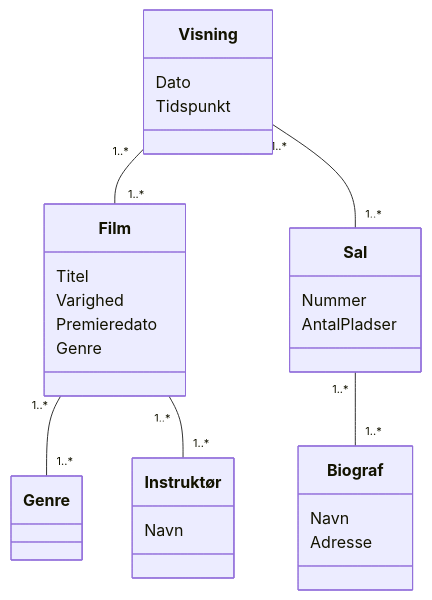
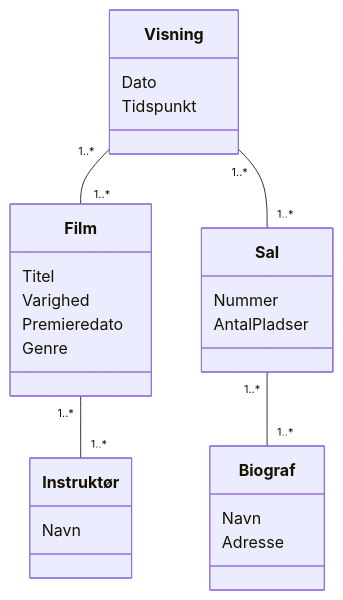
The diagram in docs/DomainModel-sprint2.mmd (DMOoF25/TheMovie), drawn with Mermaid before and after one commit.

```diff
--- a/docs/DomainModel-sprint2.mmd
+++ b/docs/DomainModel-sprint2.mmd
@@ -1,34 +1,34 @@
 classDiagram
     class Film {
         Titel
         Varighed
         Premieredato
         Genre
     }
 
     class Instruktør {
         Navn
     }
 
     class Biograf {
         Navn
         Adresse
     }
 
     class Sal {
         Nummer
         AntalPladser
     }
 
     class Visning {
         Dato
         Tidspunkt
     }
 
     
 
-    Film "1..*" -- "1..*" Genre
+   
     Film "1..*" -- "1..*" Instruktør
     Visning "1..*" -- "1..*" Film
     Visning "1..*" -- "1..*" Sal
     Sal "1..*" -- "1..*" Biograf
```
